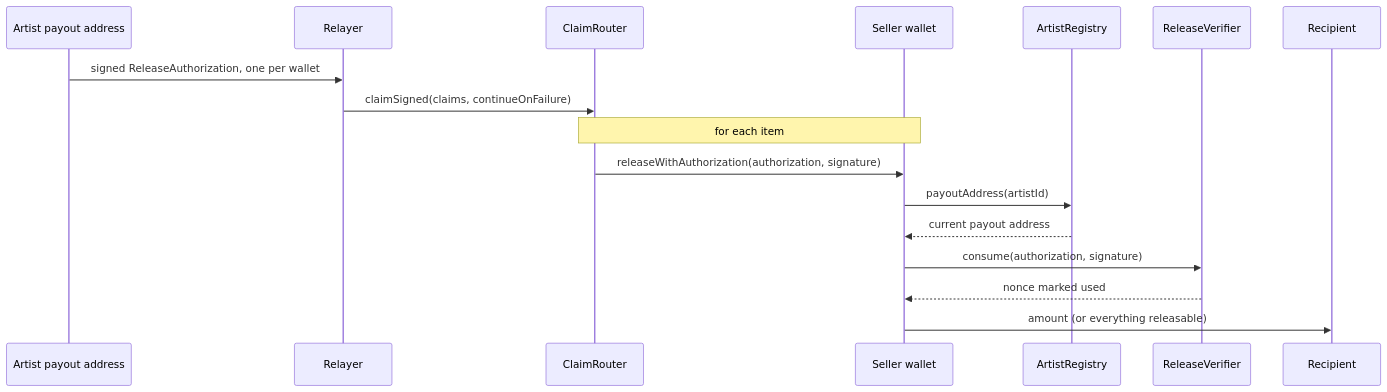
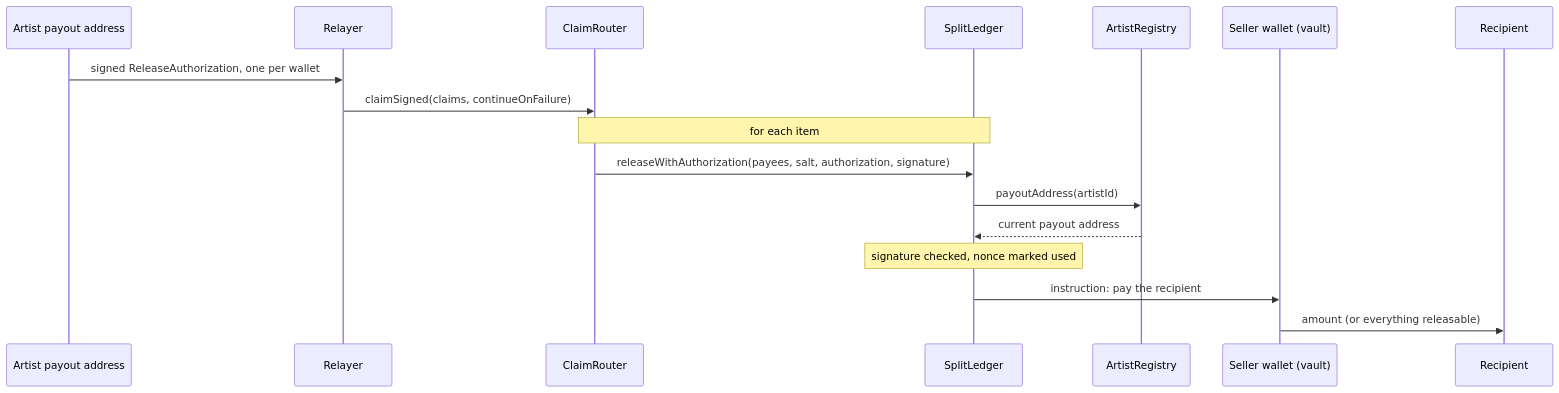
One commit to 6529-Collections/6529-works changed the sixth of 8 diagrams in docs/spec/economics-and-payouts.md. Above: the diagram before and after it, drawn with Mermaid. The commit also changed other lines of this file and 369 other files, not shown here.

````diff
--- a/docs/spec/economics-and-payouts.md
+++ b/docs/spec/economics-and-payouts.md
@@ -388,19 +468,19 @@
 ```mermaid
 sequenceDiagram
     participant Artist as Artist payout address
     participant Relayer as Relayer
     participant Router as ClaimRouter
-    participant Seller as Seller wallet
+    participant Ledger as SplitLedger
     participant Registry as ArtistRegistry
-    participant Verifier as ReleaseVerifier
+    participant Seller as Seller wallet (vault)
     participant To as Recipient
     Artist->>Relayer: signed ReleaseAuthorization, one per wallet
     Relayer->>Router: claimSigned(claims, continueOnFailure)
-    Note over Router,Seller: for each item
-    Router->>Seller: releaseWithAuthorization(authorization, signature)
-    Seller->>Registry: payoutAddress(artistId)
-    Registry-->>Seller: current payout address
-    Seller->>Verifier: consume(authorization, signature)
-    Verifier-->>Seller: nonce marked used
+    Note over Router,Ledger: for each item
+    Router->>Ledger: releaseWithAuthorization(payees, salt, authorization, signature)
+    Ledger->>Registry: payoutAddress(artistId)
+    Registry-->>Ledger: current payout address
+    Note over Ledger: signature checked, nonce marked used
+    Ledger->>Seller: instruction: pay the recipient
     Seller->>To: amount (or everything releasable)
 ```
````
